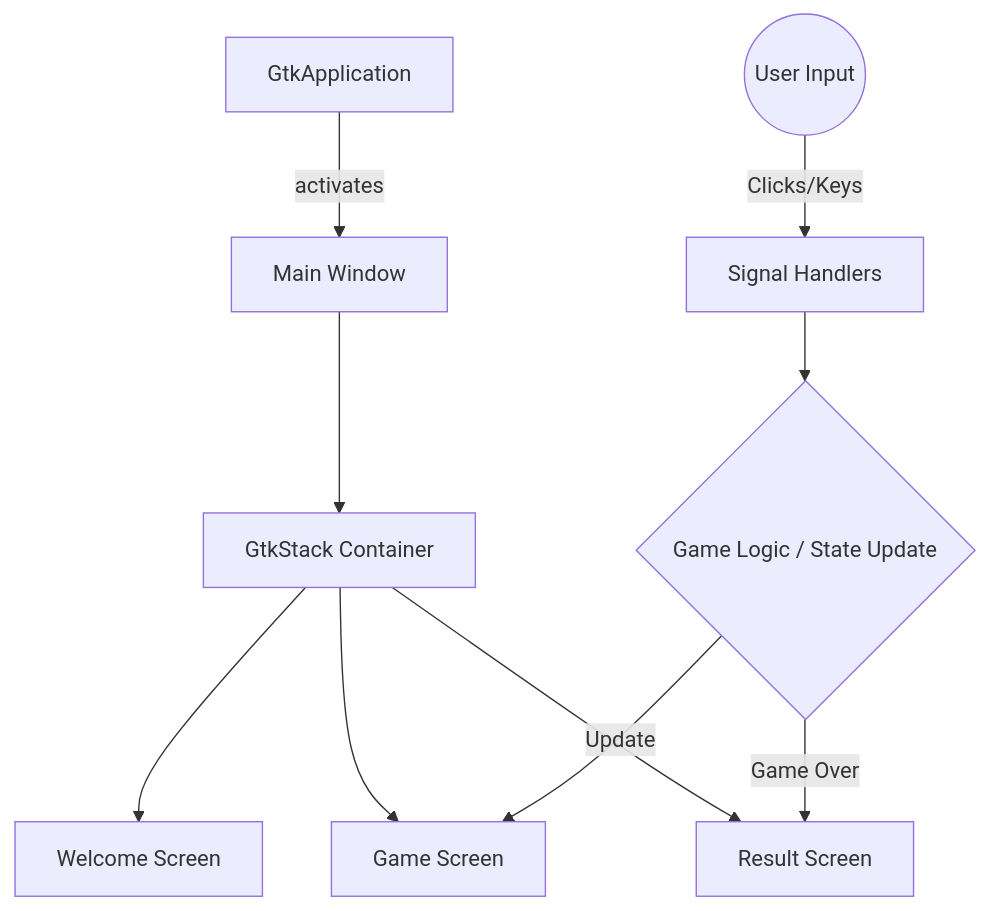
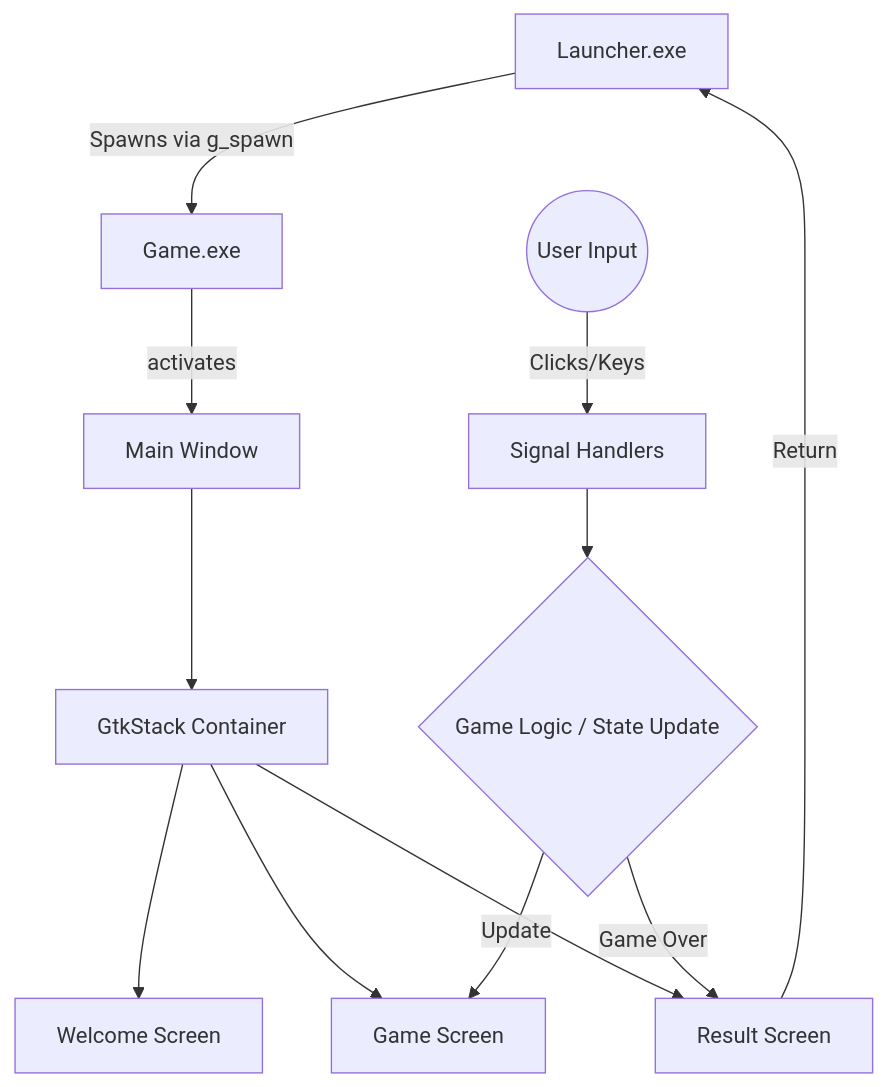
Before and after one commit to EL-STRIX/C-GAMES-COLLECTION: the diagram in README.md, drawn with Mermaid. The commit also changed other lines of this file, not shown here.

Commit message:
docs: update README with new architecture and features

````diff
--- a/README.md
+++ b/README.md
@@ -66,13 +68,15 @@
 ```mermaid
 graph TD
-    A[GtkApplication] -->|activates| B[Main Window]
+    L[Launcher.exe] -->|Spawns via g_spawn| A[Game.exe]
+    A -->|activates| B[Main Window]
     B --> C[GtkStack Container]
     C --> D[Welcome Screen]
     C --> E[Game Screen]
     C --> F[Result Screen]
     
     U((User Input)) -->|Clicks/Keys| G[Signal Handlers]
     G --> H{Game Logic / State Update}
     H -->|Update| E
     H -->|Game Over| F
+    F -->|Return| L
 ```
````
